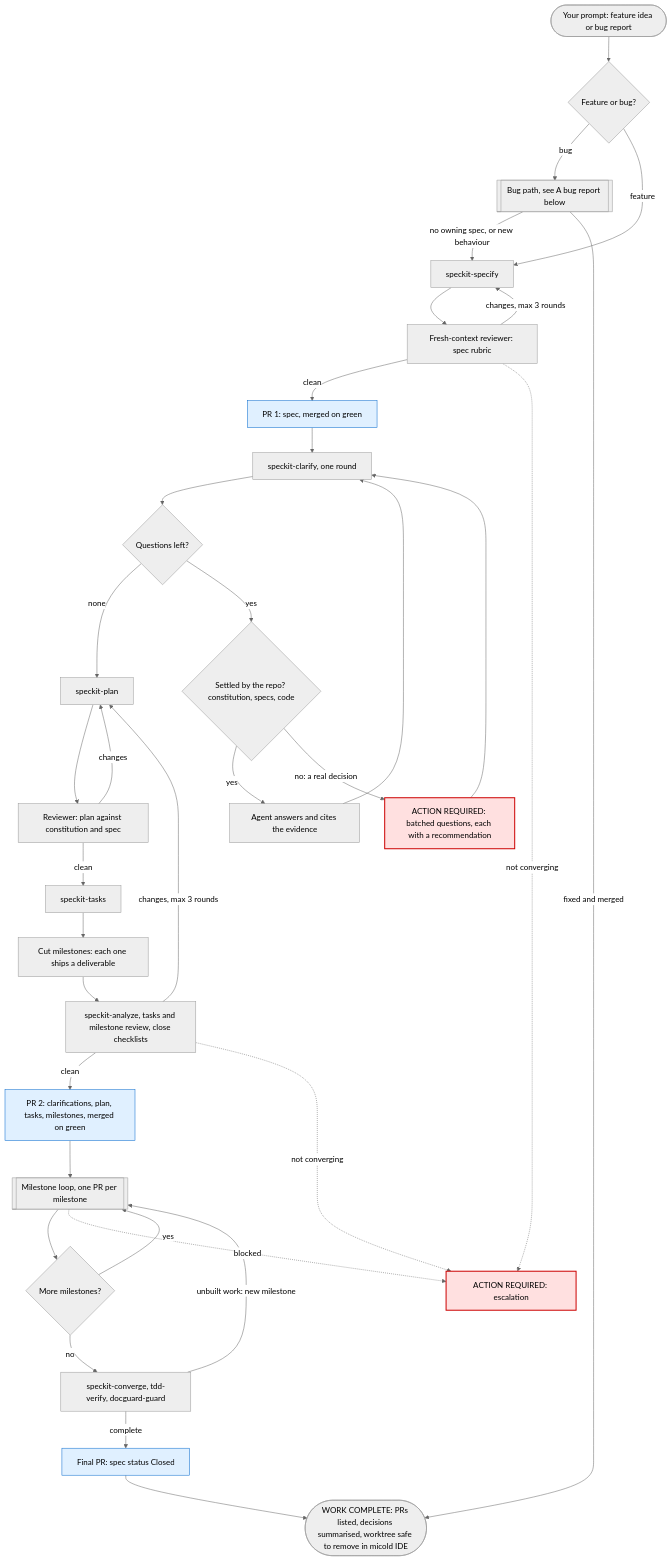
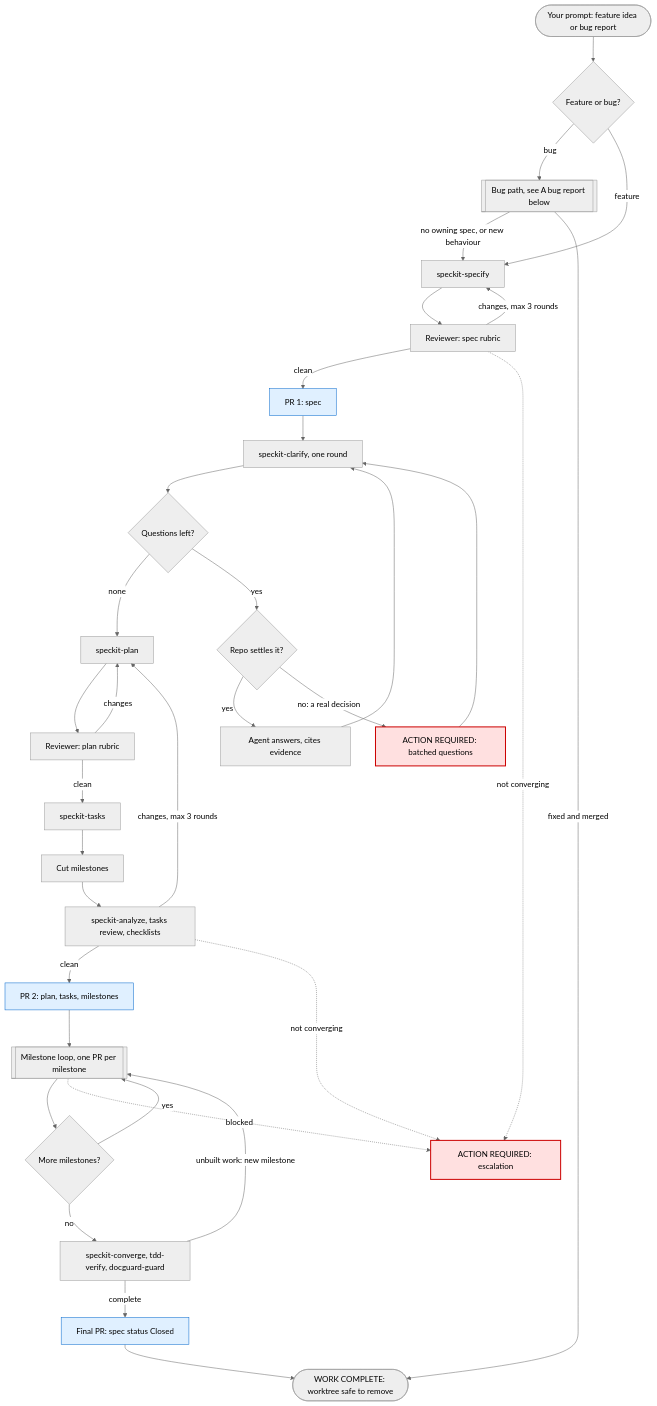
The first of 3 diagrams in .claude/skills/speckit-autopilot/README.md (jaroslawherod/micold-ai-ide), drawn with Mermaid (neutral theme) before and after one commit. The commit also changed other lines of this file and 6 other files, not shown here.

````diff
--- a/.claude/skills/speckit-autopilot/README.md
+++ b/.claude/skills/speckit-autopilot/README.md
@@ -22,48 +24,48 @@
 ```mermaid
 flowchart TD
     START(["Your prompt: feature idea or bug report"]) --> TRIAGE{"Feature or bug?"}
 
     TRIAGE -->|bug| BUGPATH[["Bug path, see A bug report below"]]
     BUGPATH -->|"no owning spec, or new behaviour"| SPEC
     BUGPATH -->|"fixed and merged"| DONE
 
     TRIAGE -->|feature| SPEC["speckit-specify"]
-    SPEC --> SREV["Fresh-context reviewer: spec rubric"]
+    SPEC --> SREV["Reviewer: spec rubric"]
     SREV -->|"changes, max 3 rounds"| SPEC
-    SREV -->|clean| PR1["PR 1: spec, merged on green"]
+    SREV -->|clean| PR1["PR 1: spec"]
 
     PR1 --> CSCAN["speckit-clarify, one round"]
     CSCAN --> CQ{"Questions left?"}
     CQ -->|none| PLAN
-    CQ -->|yes| CTRI{"Settled by the repo? constitution, specs, code"}
-    CTRI -->|yes| CAUTO["Agent answers and cites the evidence"]
-    CTRI -->|"no: a real decision"| H1["ACTION REQUIRED: batched questions, each with a recommendation"]
+    CQ -->|yes| CTRI{"Repo settles it?"}
+    CTRI -->|yes| CAUTO["Agent answers, cites evidence"]
+    CTRI -->|"no: a real decision"| H1["ACTION REQUIRED: batched questions"]
     CAUTO --> CSCAN
     H1 --> CSCAN
 
-    PLAN["speckit-plan"] --> PREV["Reviewer: plan against constitution and spec"]
+    PLAN["speckit-plan"] --> PREV["Reviewer: plan rubric"]
     PREV -->|changes| PLAN
     PREV -->|clean| TASKS["speckit-tasks"]
-    TASKS --> MCUT["Cut milestones: each one ships a deliverable"]
-    MCUT --> ANA["speckit-analyze, tasks and milestone review, close checklists"]
+    TASKS --> MCUT["Cut milestones"]
+    MCUT --> ANA["speckit-analyze, tasks review, checklists"]
     ANA -->|"changes, max 3 rounds"| PLAN
-    ANA -->|clean| PR2["PR 2: clarifications, plan, tasks, milestones, merged on green"]
+    ANA -->|clean| PR2["PR 2: plan, tasks, milestones"]
 
     PR2 --> MLOOP[["Milestone loop, one PR per milestone"]]
     MLOOP --> MORE{"More milestones?"}
     MORE -->|yes| MLOOP
     MORE -->|no| CLOSE["speckit-converge, tdd-verify, docguard-guard"]
     CLOSE -->|"unbuilt work: new milestone"| MLOOP
     CLOSE -->|complete| FIN["Final PR: spec status Closed"]
-    FIN --> DONE(["WORK COMPLETE: PRs listed, decisions summarised, worktree safe to remove in micold IDE"])
+    FIN --> DONE(["WORK COMPLETE: worktree safe to remove"])
 
     ESC["ACTION REQUIRED: escalation"]
     SREV -.->|"not converging"| ESC
     ANA -.->|"not converging"| ESC
     MLOOP -.->|blocked| ESC
 
     classDef human fill:#ffe0e0,stroke:#c00,stroke-width:2px,color:#000
     classDef pr fill:#e0f0ff,stroke:#06c,color:#000
     class H1,ESC human
     class PR1,PR2,FIN pr
 ```
````
